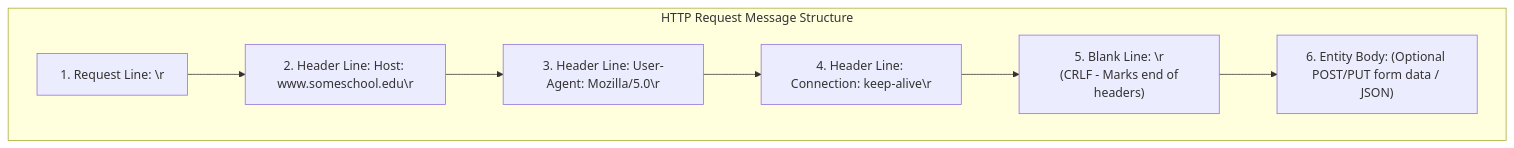
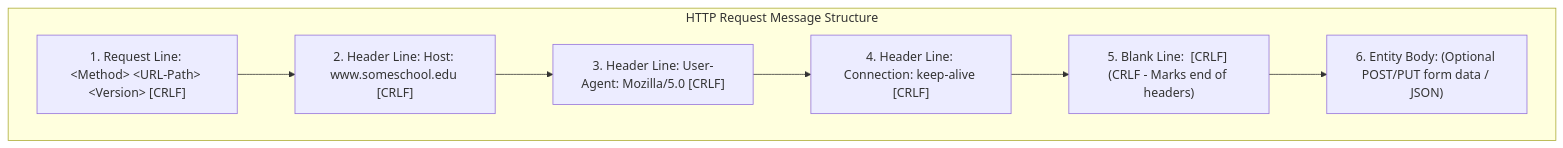
Before and after one commit to YatishGowda09/Sem-3-CSE-Notes: the fifth of 7 diagrams in CN/Unit 1/L10 - The Web and HTTP.md, drawn with Mermaid. The commit also changed other lines of this file and 70 other files, not shown here.

First line of the commit message:
Fix Mermaid diagram syntax for GitHub rendering compatibility

````diff
--- a/CN/Unit 1/L10 - The Web and HTTP.md
+++ b/CN/Unit 1/L10 - The Web and HTTP.md
@@ -207,12 +207,12 @@
 ```mermaid
 flowchart TD
     subgraph REQ["HTTP Request Message Structure"]
-        RL["1. Request Line: <Method> <URL-Path> <Version>\r\n"]
-        HL1["2. Header Line: Host: www.someschool.edu\r\n"]
-        HL2["3. Header Line: User-Agent: Mozilla/5.0\r\n"]
-        HL3["4. Header Line: Connection: keep-alive\r\n"]
-        BL["5. Blank Line: \r\n (CRLF - Marks end of headers)"]
+        RL["1. Request Line: &lt;Method&gt; &lt;URL-Path&gt; &lt;Version&gt; [CRLF]"]
+        HL1["2. Header Line: Host: www.someschool.edu [CRLF]"]
+        HL2["3. Header Line: User-Agent: Mozilla/5.0 [CRLF]"]
+        HL3["4. Header Line: Connection: keep-alive [CRLF]"]
+        BL["5. Blank Line:  [CRLF] (CRLF - Marks end of headers)"]
         EB["6. Entity Body: (Optional POST/PUT form data / JSON)"]
         RL --> HL1 --> HL2 --> HL3 --> BL --> EB
     end
 ```
````
